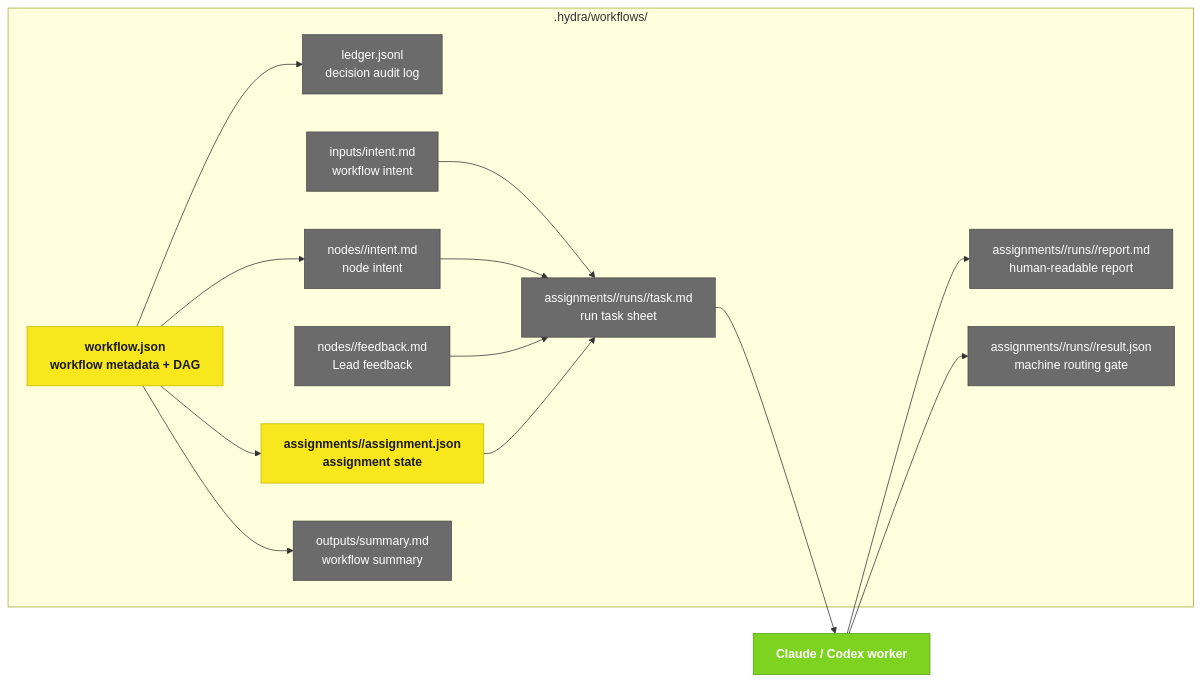
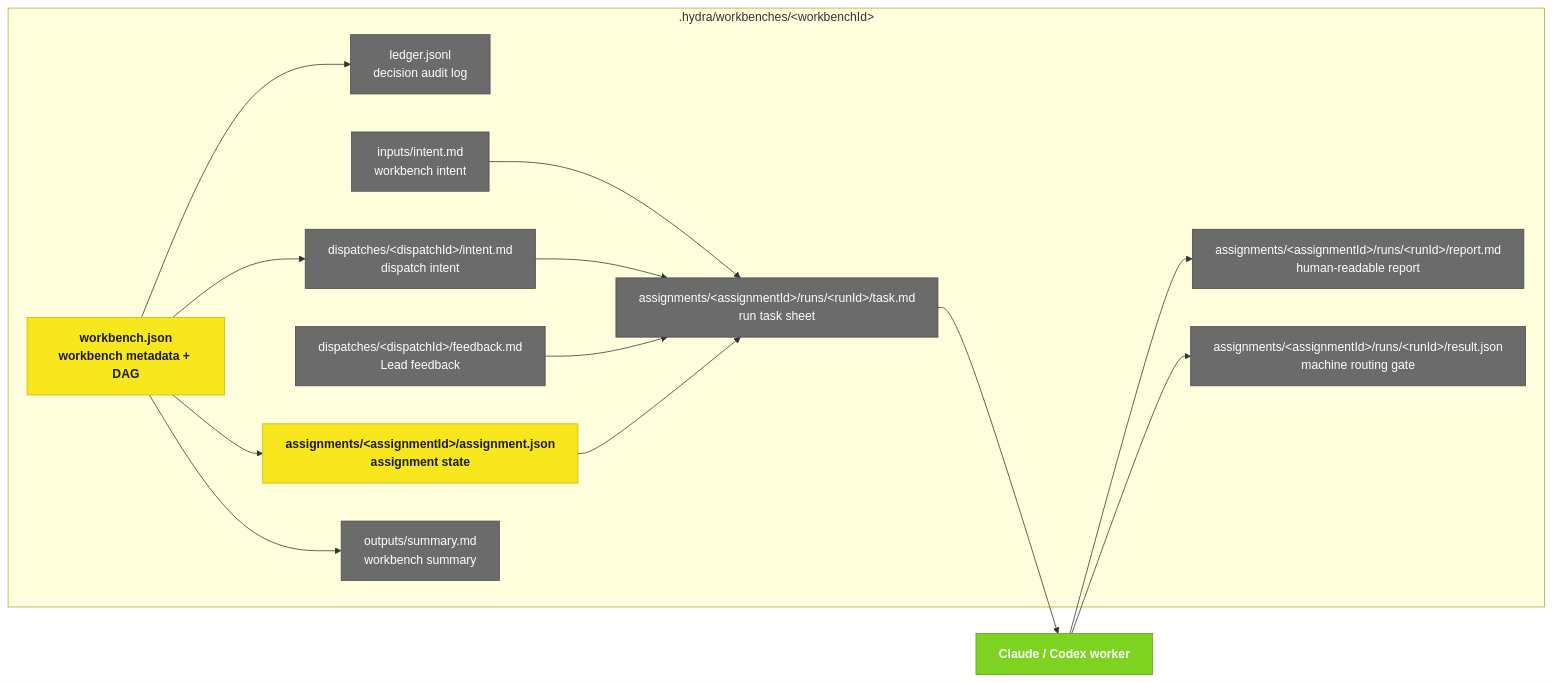
One commit to blueberrycongee/termcanvas changed the fourth of 4 diagrams in docs/hydra-panorama-flow.md. Above: the diagram before and after it, drawn with Mermaid. The commit also changed other lines of this file and 1 other file, not shown here.

````diff
--- a/docs/hydra-panorama-flow.md
+++ b/docs/hydra-panorama-flow.md
@@ -86,31 +87,31 @@
 ```mermaid
 flowchart LR
     classDef file fill:#6b6b6b,stroke:#4a4a4a,color:#fff
     classDef state fill:#f8e71c,stroke:#c5b800,color:#1a1a1a,font-weight:bold
     classDef agent fill:#7ed321,stroke:#5a9e18,color:#fff,font-weight:bold
 
-    subgraph WF[".hydra/workflows/<workflowId>"]
-        WJ["workflow.json<br/>workflow metadata + DAG"]:::state
+    subgraph WB[".hydra/workbenches/&lt;workbenchId&gt;"]
+        WJ["workbench.json<br/>workbench metadata + DAG"]:::state
         LEDGER["ledger.jsonl<br/>decision audit log"]:::file
-        INPUT["inputs/intent.md<br/>workflow intent"]:::file
-        NODE["nodes/<nodeId>/intent.md<br/>node intent"]:::file
-        FEEDBACK["nodes/<nodeId>/feedback.md<br/>Lead feedback"]:::file
-        AJ["assignments/<assignmentId>/assignment.json<br/>assignment state"]:::state
-        TASK["assignments/<assignmentId>/runs/<runId>/task.md<br/>run task sheet"]:::file
-        REPORT["assignments/<assignmentId>/runs/<runId>/report.md<br/>human-readable report"]:::file
-        RESULT["assignments/<assignmentId>/runs/<runId>/result.json<br/>machine routing gate"]:::file
-        OUT["outputs/summary.md<br/>workflow summary"]:::file
+        INPUT["inputs/intent.md<br/>workbench intent"]:::file
+        NODE["dispatches/&lt;dispatchId&gt;/intent.md<br/>dispatch intent"]:::file
+        FEEDBACK["dispatches/&lt;dispatchId&gt;/feedback.md<br/>Lead feedback"]:::file
+        AJ["assignments/&lt;assignmentId&gt;/assignment.json<br/>assignment state"]:::state
+        TASK["assignments/&lt;assignmentId&gt;/runs/&lt;runId&gt;/task.md<br/>run task sheet"]:::file
+        REPORT["assignments/&lt;assignmentId&gt;/runs/&lt;runId&gt;/report.md<br/>human-readable report"]:::file
+        RESULT["assignments/&lt;assignmentId&gt;/runs/&lt;runId&gt;/result.json<br/>machine routing gate"]:::file
+        OUT["outputs/summary.md<br/>workbench summary"]:::file
     end
 
     WJ --> NODE
     WJ --> AJ
     INPUT --> TASK
     NODE --> TASK
     FEEDBACK --> TASK
     AJ --> TASK
     TASK --> AGENT["Claude / Codex worker"]:::agent
     AGENT --> REPORT
     AGENT --> RESULT
     WJ --> LEDGER
     WJ --> OUT
 ```
````
